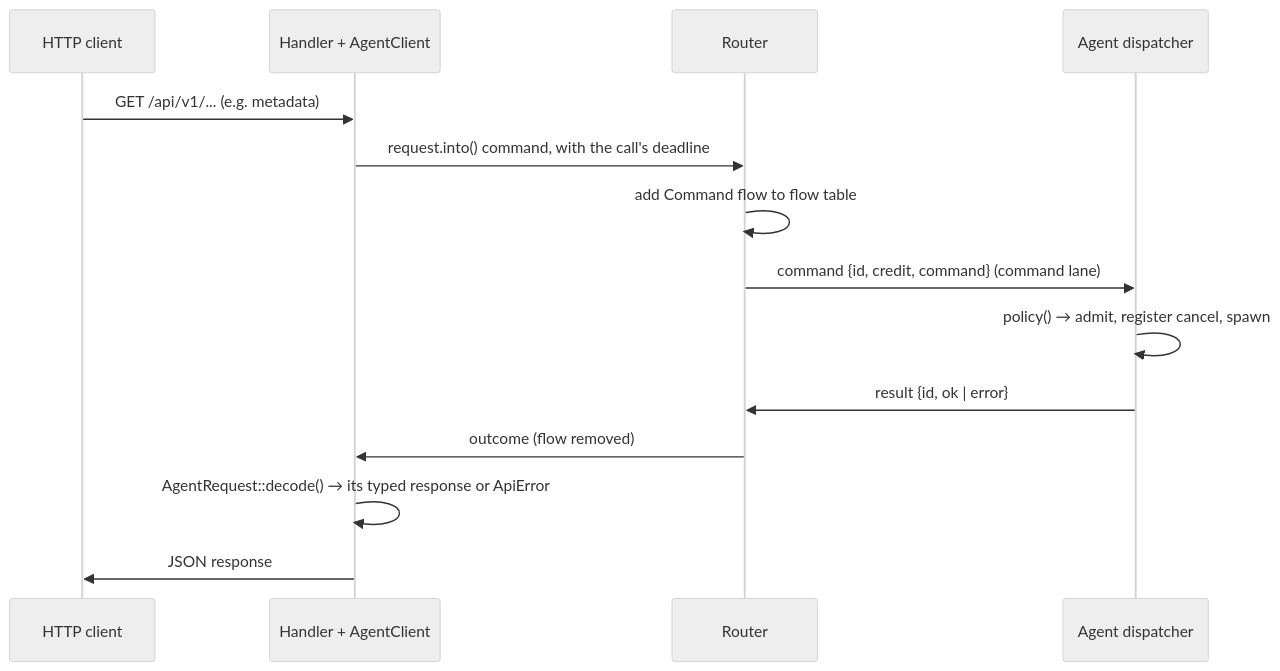
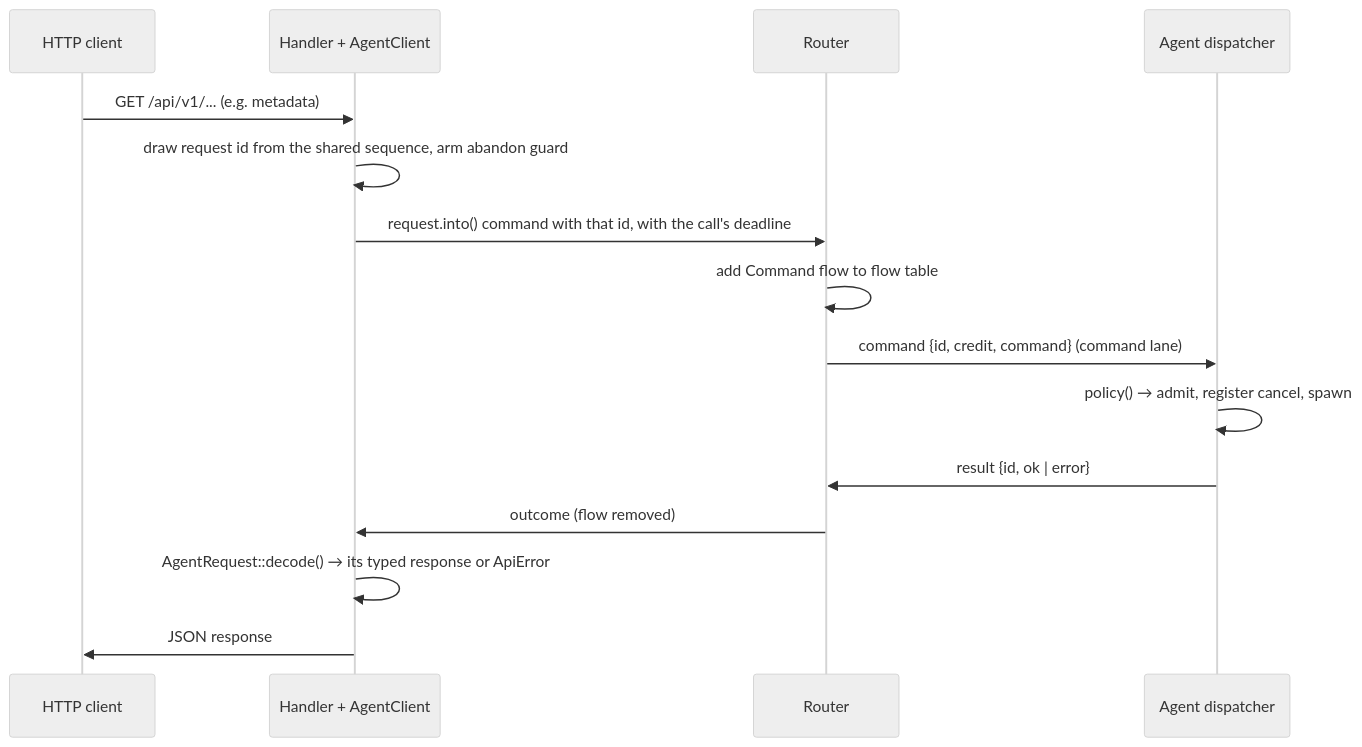
The sixth of 10 diagrams in ARCHITECTURE.md (esamattis/redoor), drawn with Mermaid (neutral theme) before and after one commit. The commit also changed other lines of this file and 6 other files, not shown here.

````diff
--- a/ARCHITECTURE.md
+++ b/ARCHITECTURE.md
@@ -852,17 +854,18 @@
 ```mermaid
 sequenceDiagram
     participant C as HTTP client
     participant H as Handler + AgentClient
     participant R as Router
     participant A as Agent dispatcher
 
     C->>H: GET /api/v1/... (e.g. metadata)
-    H->>R: request.into() command, with the call's deadline
+    H->>H: draw request id from the shared sequence, arm abandon guard
+    H->>R: request.into() command with that id, with the call's deadline
     R->>R: add Command flow to flow table
     R->>A: command {id, credit, command} (command lane)
     A->>A: policy() → admit, register cancel, spawn
     A->>R: result {id, ok | error}
     R->>H: outcome (flow removed)
     H->>H: AgentRequest::decode() → its typed response or ApiError
     H->>C: JSON response
 ```
````
